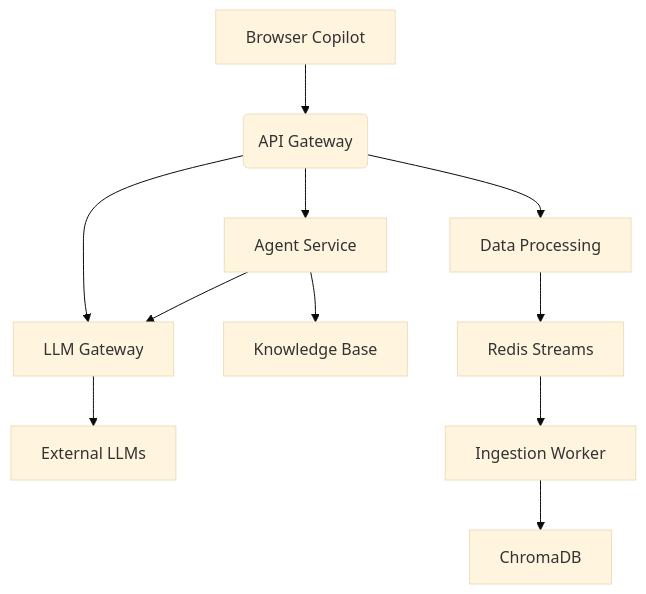
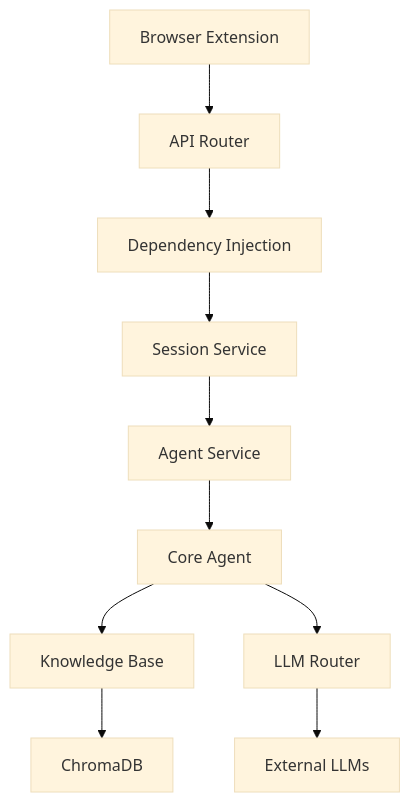
One commit to FaultMaven/FaultMaven-Mono changed the second of 2 diagrams in README.md. Above: the diagram before and after it, drawn with Mermaid (base theme). The commit also changed other lines of this file and 80 other files, not shown here.

First line of the commit message:
refactor: restructure backend architecture with service layer

````diff
--- a/README.md
+++ b/README.md
@@ -109,13 +154,12 @@
 ```mermaid
 graph TD
-    A[Browser Copilot] --> B(API Gateway)
-    B --> C[Agent Service]
-    B --> D[Data Processing]
-    B --> E[LLM Gateway]
-    C --> F[Knowledge Base]
-    C --> E
-    E --> G[External LLMs]
-    D --> H[Redis Streams]
-    H --> I[Ingestion Worker]
-    I --> J[ChromaDB]
+    A[Browser Extension] --> B[API Router]
+    B --> C[Dependency Injection]
+    C --> D[Session Service]
+    D --> E[Agent Service]
+    E --> F[Core Agent]
+    F --> G[Knowledge Base]
+    F --> H[LLM Router]
+    G --> I[ChromaDB]
+    H --> J[External LLMs]
 ```
````
